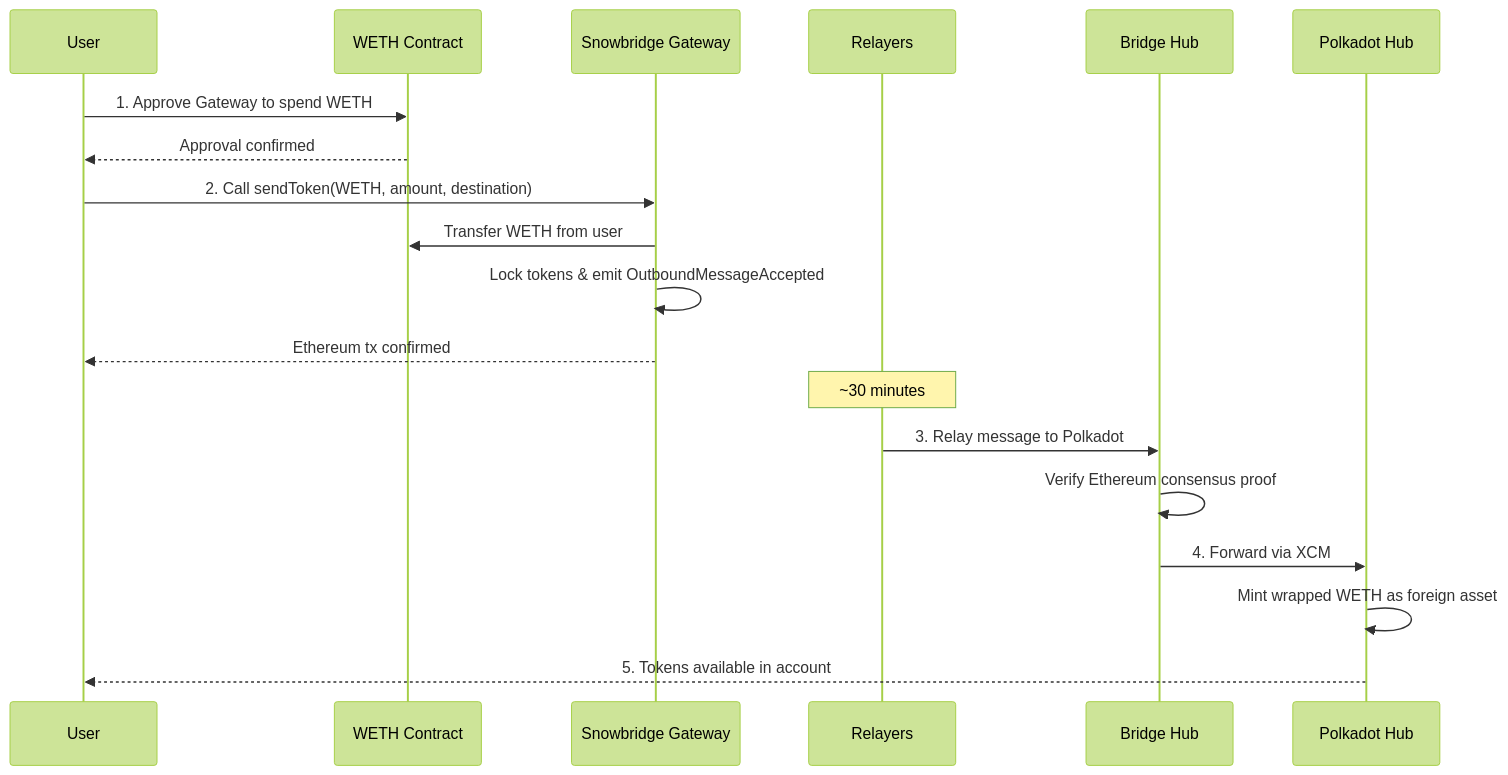
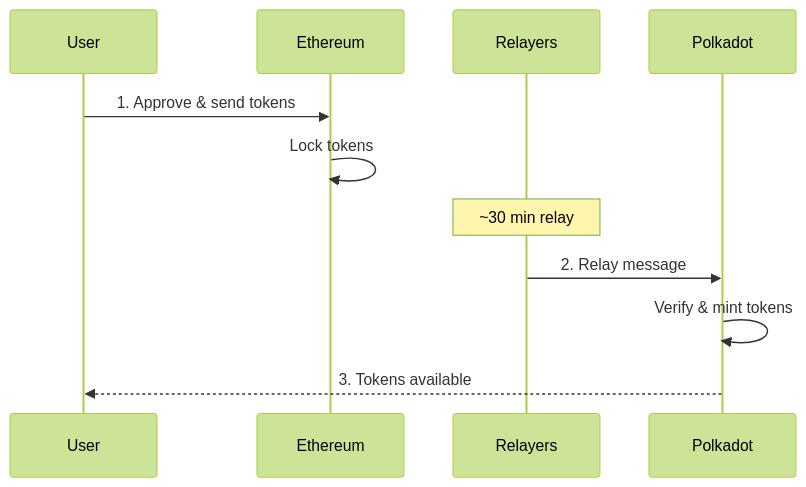
The diagram in chain-interactions/send-transactions/interoperability/transfer-assets-into-polkadot.md (polkadot-developers/polkadot-docs), drawn with Mermaid (forest theme) before and after one commit.

Commit message:
Simplify Mermaid diagram for better readability

````diff
--- a/chain-interactions/send-transactions/interoperability/transfer-assets-into-polkadot.md
+++ b/chain-interactions/send-transactions/interoperability/transfer-assets-into-polkadot.md
@@ -16,22 +16,14 @@
 ```mermaid
 sequenceDiagram
     participant User
-    participant WETH as WETH Contract
-    participant Gateway as Snowbridge Gateway
+    participant Ethereum
     participant Relayers
-    participant BridgeHub as Bridge Hub
-    participant PolkadotHub as Polkadot Hub
+    participant Polkadot
 
-    User->>WETH: 1. Approve Gateway to spend WETH
-    WETH-->>User: Approval confirmed
-    User->>Gateway: 2. Call sendToken(WETH, amount, destination)
-    Gateway->>WETH: Transfer WETH from user
-    Gateway->>Gateway: Lock tokens & emit OutboundMessageAccepted
-    Gateway-->>User: Ethereum tx confirmed
-    Note over Relayers: ~30 minutes
-    Relayers->>BridgeHub: 3. Relay message to Polkadot
-    BridgeHub->>BridgeHub: Verify Ethereum consensus proof
-    BridgeHub->>PolkadotHub: 4. Forward via XCM
-    PolkadotHub->>PolkadotHub: Mint wrapped WETH as foreign asset
-    PolkadotHub-->>User: 5. Tokens available in account
+    User->>Ethereum: 1. Approve & send tokens
+    Ethereum->>Ethereum: Lock tokens
+    Note over Relayers: ~30 min relay
+    Relayers->>Polkadot: 2. Relay message
+    Polkadot->>Polkadot: Verify & mint tokens
+    Polkadot-->>User: 3. Tokens available
 ```
````
